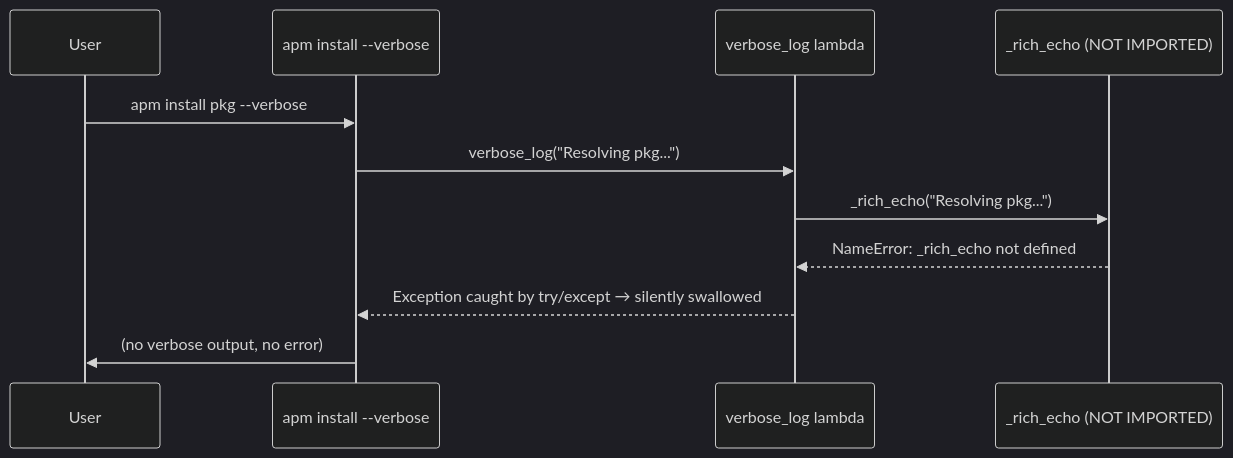
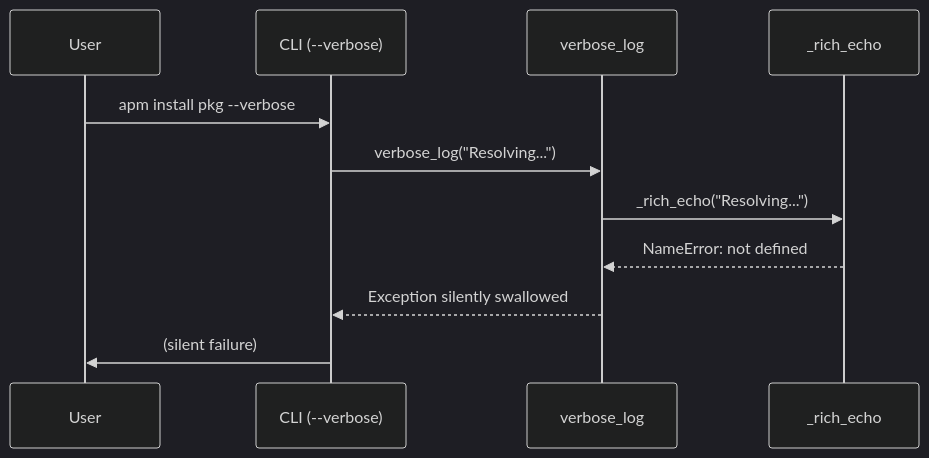
One commit to danielmeppiel/agentic-sdlc-handbook changed the diagram in case-study-apm-overhaul.qmd. Above: the diagram before and after it, drawn with Mermaid (dark theme). The commit also changed 16 other files, not shown here.

First line of the commit message:
fix: aggressive fig-width capping — RCA-driven mermaid rendering overhaul

````diff
--- a/case-study-apm-overhaul.qmd
+++ b/case-study-apm-overhaul.qmd
@@ -177,15 +177,15 @@
 ```{mermaid}
-%%| fig-width: 5.5
+%%| fig-width: 4.5
 sequenceDiagram
     participant User
-    participant CLI as apm install --verbose
-    participant VL as verbose_log lambda
-    participant RE as _rich_echo (NOT IMPORTED)
+    participant CLI as CLI (--verbose)
+    participant VL as verbose_log
+    participant RE as _rich_echo
 
     User->>CLI: apm install pkg --verbose
-    CLI->>VL: verbose_log("Resolving pkg...")
-    VL->>RE: _rich_echo("Resolving pkg...")
-    RE-->>VL: NameError: _rich_echo not defined
-    VL-->>CLI: Exception caught by try/except → silently swallowed
-    CLI->>User: (no verbose output, no error)
+    CLI->>VL: verbose_log("Resolving...")
+    VL->>RE: _rich_echo("Resolving...")
+    RE-->>VL: NameError: not defined
+    VL-->>CLI: Exception silently swallowed
+    CLI->>User: (silent failure)
 ```
````
